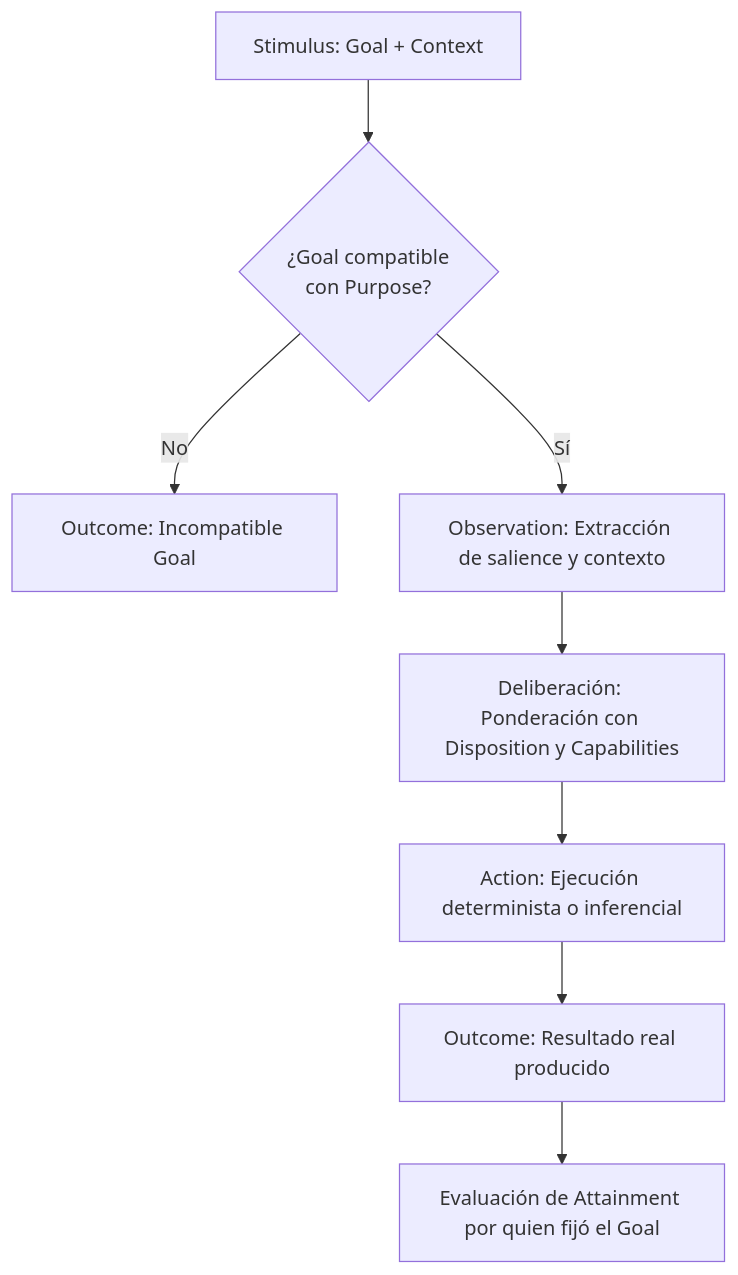
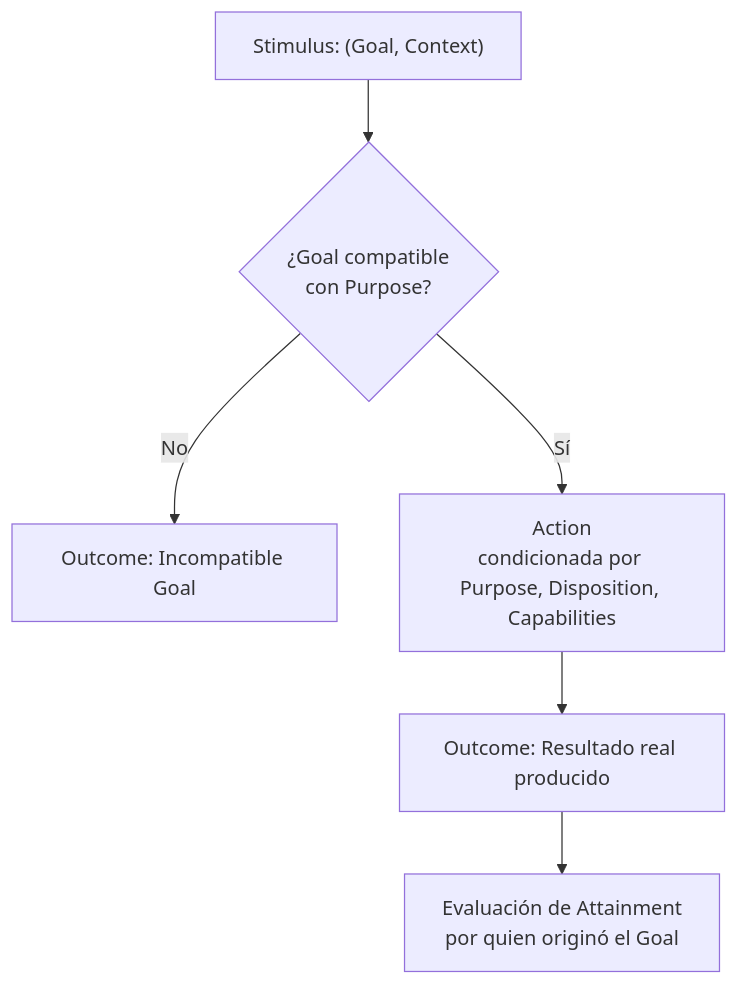
One commit to christian-marino-alvarez/uca-specification changed the diagram in README.es.md. Above: the diagram before and after it, drawn with Mermaid. The commit also changed other lines of this file and 3 other files, not shown here.

````diff
--- a/README.es.md
+++ b/README.es.md
@@ -116,10 +127,8 @@
 ```mermaid
 flowchart TD
-    STIM[Stimulus: Goal + Context] --> VAL{¿Goal compatible<br/>con Purpose?}
+    STIM["Stimulus: (Goal, Context)"] --> VAL{¿Goal compatible<br/>con Purpose?}
     VAL -- No --> REJ[Outcome: Incompatible Goal]
-    VAL -- Sí --> OBS[Observation: Extracción de salience y contexto]
-    OBS --> DEC[Deliberación: Ponderación con Disposition y Capabilities]
-    DEC --> ACT[Action: Ejecución determinista o inferencial]
+    VAL -- Sí --> ACT[Action<br/>condicionada por Purpose, Disposition, Capabilities]
     ACT --> OUT[Outcome: Resultado real producido]
-    OUT --> ATT[Evaluación de Attainment por quien fijó el Goal]
+    OUT --> ATT[Evaluación de Attainment<br/>por quien originó el Goal]
 ```
````
